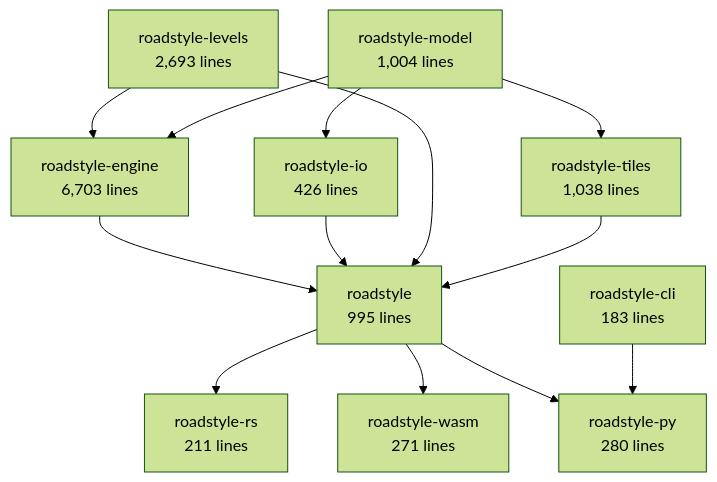
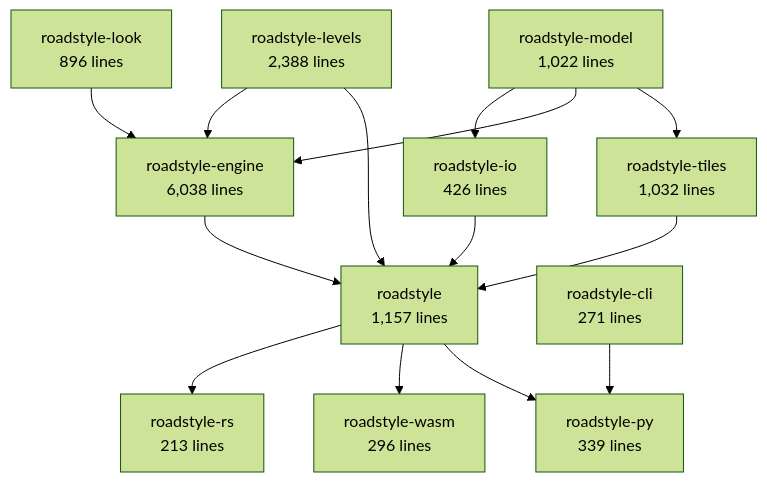
One commit to Khoshkhah/roadstyle changed the second of 6 diagrams in docs/rust/architecture.md. Above: the diagram before and after it, drawn with Mermaid (forest theme). The commit also changed other lines of this file and 38 other files, not shown here.

First line of the commit message:
The look crate roadstyle-look: one typed, versioned look (step c, R16)

````diff
--- a/docs/rust/architecture.md
+++ b/docs/rust/architecture.md
@@ -69,25 +69,27 @@
 ```mermaid
 flowchart TB
-    roadstyle_model["roadstyle-model<br/>1,004 lines"]
+    roadstyle_model["roadstyle-model<br/>1,022 lines"]
+    roadstyle_look["roadstyle-look<br/>896 lines"]
     roadstyle_io["roadstyle-io<br/>426 lines"]
-    roadstyle_levels["roadstyle-levels<br/>2,693 lines"]
-    roadstyle_engine["roadstyle-engine<br/>6,703 lines"]
-    roadstyle_tiles["roadstyle-tiles<br/>1,038 lines"]
-    roadstyle["roadstyle<br/>995 lines"]
-    roadstyle_rs["roadstyle-rs<br/>211 lines"]
-    roadstyle_wasm["roadstyle-wasm<br/>271 lines"]
-    roadstyle_py["roadstyle-py<br/>280 lines"]
-    roadstyle_cli["roadstyle-cli<br/>183 lines"]
+    roadstyle_levels["roadstyle-levels<br/>2,388 lines"]
+    roadstyle_engine["roadstyle-engine<br/>6,038 lines"]
+    roadstyle_tiles["roadstyle-tiles<br/>1,032 lines"]
+    roadstyle["roadstyle<br/>1,157 lines"]
+    roadstyle_rs["roadstyle-rs<br/>213 lines"]
+    roadstyle_wasm["roadstyle-wasm<br/>296 lines"]
+    roadstyle_py["roadstyle-py<br/>339 lines"]
+    roadstyle_cli["roadstyle-cli<br/>271 lines"]
     roadstyle_model --> roadstyle_io
     roadstyle_levels --> roadstyle_engine
+    roadstyle_look --> roadstyle_engine
     roadstyle_model --> roadstyle_engine
     roadstyle_model --> roadstyle_tiles
     roadstyle_engine --> roadstyle
     roadstyle_io --> roadstyle
     roadstyle_levels --> roadstyle
     roadstyle_tiles --> roadstyle
     roadstyle --> roadstyle_rs
     roadstyle --> roadstyle_wasm
     roadstyle --> roadstyle_py
     roadstyle_cli --> roadstyle_py
 ```
````
